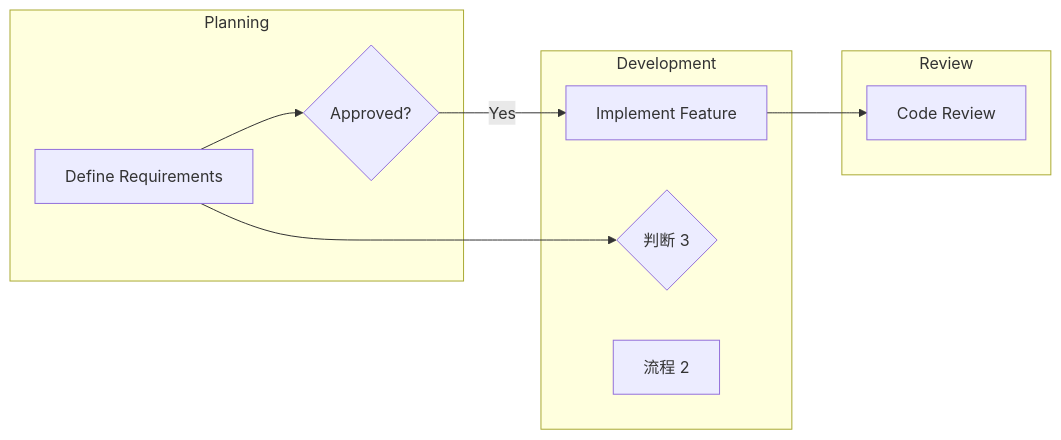
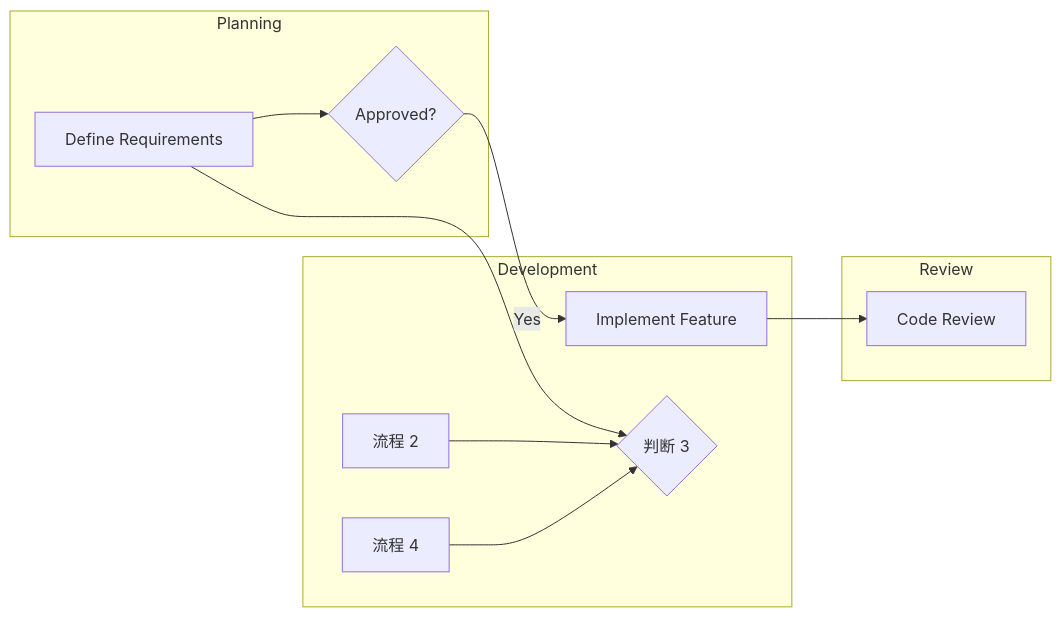
The diagram in mmd/1111_1d9d633a-5bbd-4d54-9737-00bfe004ea8d.mmd (pingpm/mermaid_vault), drawn with Mermaid before and after one commit. The commit also changed 2 other files, not shown here.

Commit message:
Sync Mermaid Studio data (12 diagrams)

```diff
--- a/mmd/1111_1d9d633a-5bbd-4d54-9737-00bfe004ea8d.mmd
+++ b/mmd/1111_1d9d633a-5bbd-4d54-9737-00bfe004ea8d.mmd
@@ -1,17 +1,20 @@
 graph LR
   subgraph lane_lane_1["Planning"]
+    t_task_1["Define Requirements"]
     t_task_2{"Approved?"}
-    t_task_1["Define Requirements"]
   end
   subgraph lane_lane_2["Development"]
     t_task_3["Implement Feature"]
     t_288b81bb_5983_4dd7_b060_7880e81beab4{"判断 3"}
     t_113a10d4_b994_4d3d_9dc2_eeb89ee88102["流程 2"]
+    t_71f531c6_02f8_4593_b12f_12b9f43b6b6a["流程 4"]
   end
   subgraph lane_lane_3["Review"]
     t_task_4["Code Review"]
   end
   t_task_1 --> t_task_2
   t_task_2 -->|"Yes"| t_task_3
   t_task_3 --> t_task_4
   t_task_1 --> t_288b81bb_5983_4dd7_b060_7880e81beab4
+  t_113a10d4_b994_4d3d_9dc2_eeb89ee88102 --> t_288b81bb_5983_4dd7_b060_7880e81beab4
+  t_71f531c6_02f8_4593_b12f_12b9f43b6b6a --> t_288b81bb_5983_4dd7_b060_7880e81beab4
```
